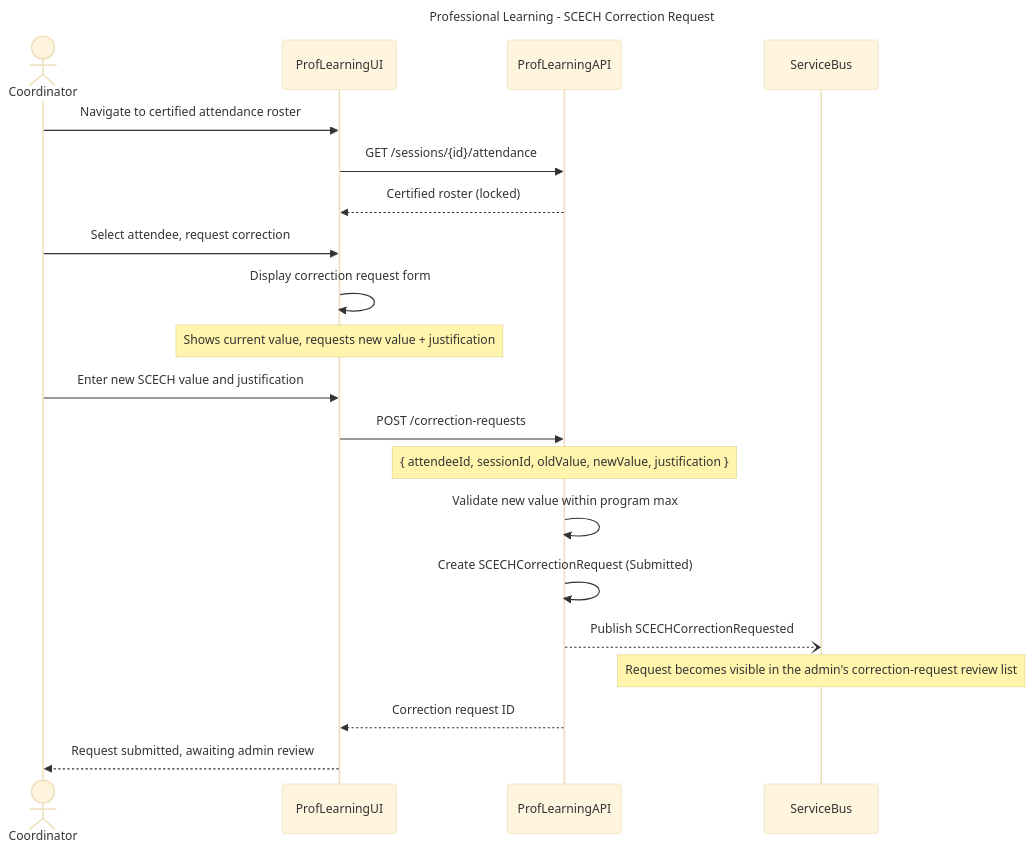
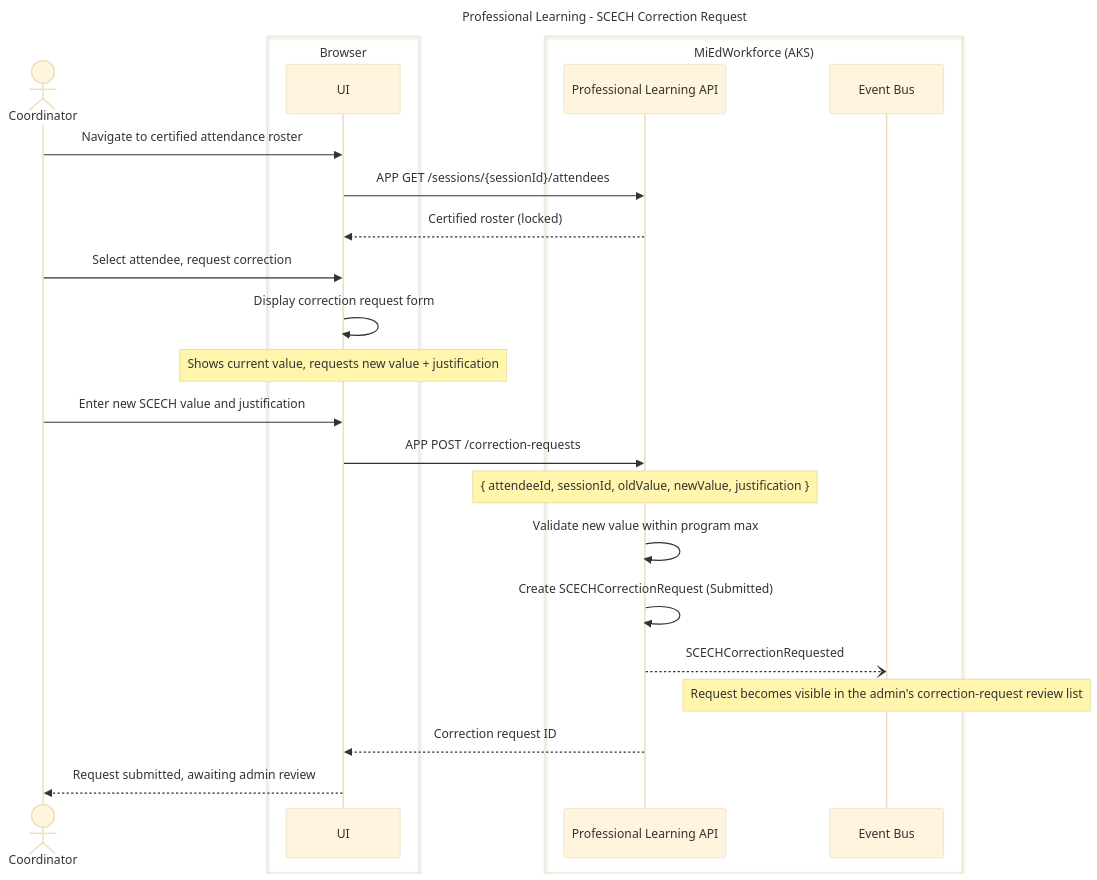
The fifth of 10 diagrams in working-docs/solution-areas/proflearning/proflearning-sequences.md (mnichols-dl/mied-design), drawn with Mermaid (base theme) before and after one commit. The commit also changed other lines of this file and 34 other files, not shown here.

Commit message:
Update sequences and perform RTM assessment

````diff
--- a/working-docs/solution-areas/proflearning/proflearning-sequences.md
+++ b/working-docs/solution-areas/proflearning/proflearning-sequences.md
@@ -262,29 +275,33 @@
 ```mermaid
 ---
 title: Professional Learning - SCECH Correction Request
 ---
 sequenceDiagram
     actor Coordinator
-    participant ProfLearningUI
-    participant ProfLearningAPI
-    participant ServiceBus
-    
-    Coordinator->>ProfLearningUI: Navigate to certified attendance roster
-    ProfLearningUI->>ProfLearningAPI: GET /sessions/{id}/attendance
-    ProfLearningAPI-->>ProfLearningUI: Certified roster (locked)
-    
-    Coordinator->>ProfLearningUI: Select attendee, request correction
-    ProfLearningUI->>ProfLearningUI: Display correction request form
-    Note over ProfLearningUI: Shows current value, requests new value + justification
-    
-    Coordinator->>ProfLearningUI: Enter new SCECH value and justification
-    ProfLearningUI->>ProfLearningAPI: POST /correction-requests
-    Note over ProfLearningAPI: { attendeeId, sessionId, oldValue, newValue, justification }
-    
-    ProfLearningAPI->>ProfLearningAPI: Validate new value within program max
-    ProfLearningAPI->>ProfLearningAPI: Create SCECHCorrectionRequest (Submitted)
-    ProfLearningAPI--)ServiceBus: Publish SCECHCorrectionRequested
-    Note over ServiceBus: Request becomes visible in the admin's correction-request review list
-    ProfLearningAPI-->>ProfLearningUI: Correction request ID
-    ProfLearningUI-->>Coordinator: Request submitted, awaiting admin review
+    box Browser
+        participant UI as UI
+    end
+    box MiEdWorkforce (AKS)
+        participant ProfLearningApi as Professional Learning API
+        participant EventBus as Event Bus
+    end
+
+    Coordinator->>UI: Navigate to certified attendance roster
+    UI->>ProfLearningApi: APP GET /sessions/{sessionId}/attendees
+    ProfLearningApi-->>UI: Certified roster (locked)
+
+    Coordinator->>UI: Select attendee, request correction
+    UI->>UI: Display correction request form
+    Note over UI: Shows current value, requests new value + justification
+
+    Coordinator->>UI: Enter new SCECH value and justification
+    UI->>ProfLearningApi: APP POST /correction-requests
+    Note over ProfLearningApi: { attendeeId, sessionId, oldValue, newValue, justification }
+
+    ProfLearningApi->>ProfLearningApi: Validate new value within program max
+    ProfLearningApi->>ProfLearningApi: Create SCECHCorrectionRequest (Submitted)
+    ProfLearningApi--)EventBus: SCECHCorrectionRequested
+    Note over EventBus: Request becomes visible in the admin's correction-request review list
+    ProfLearningApi-->>UI: Correction request ID
+    UI-->>Coordinator: Request submitted, awaiting admin review
 ```
````
